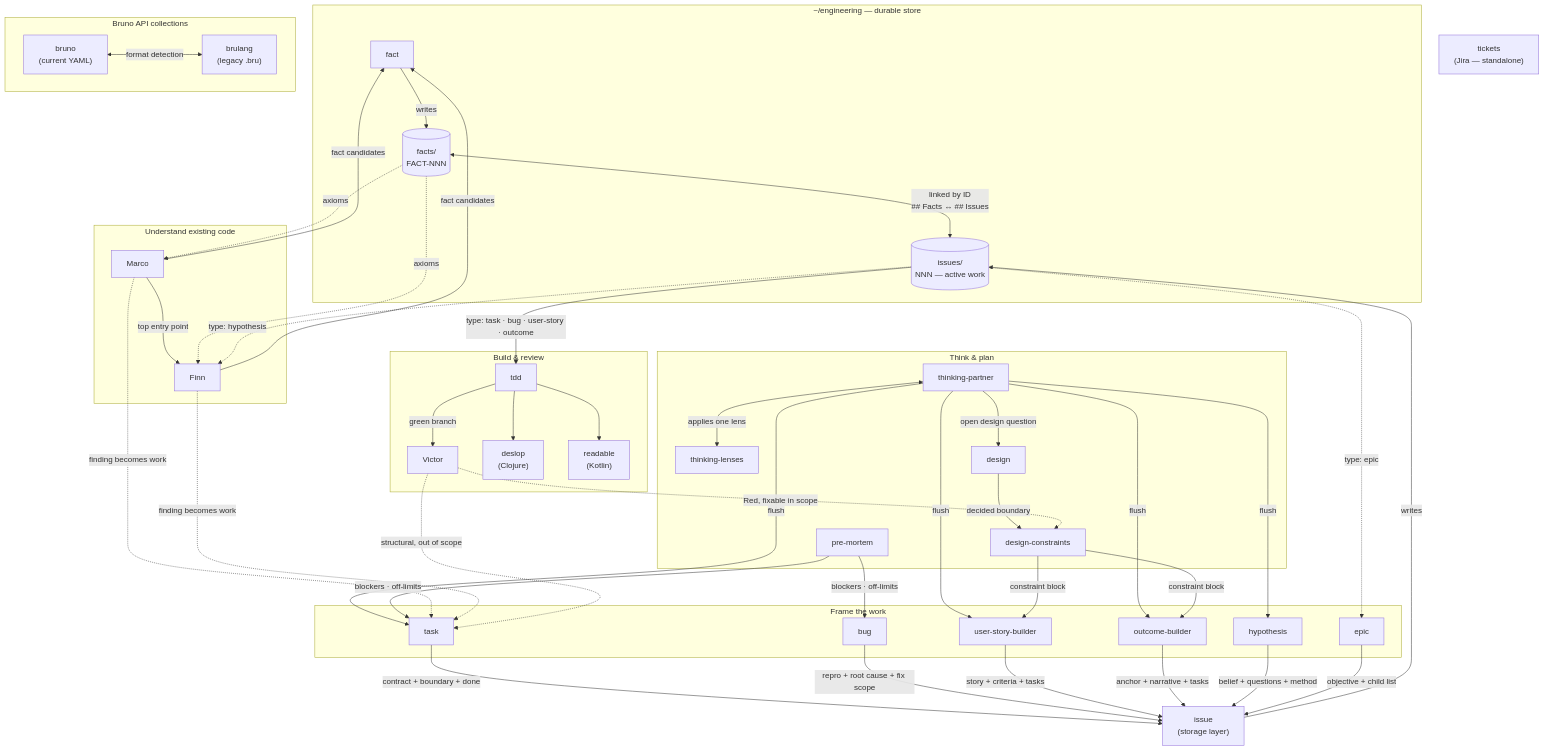
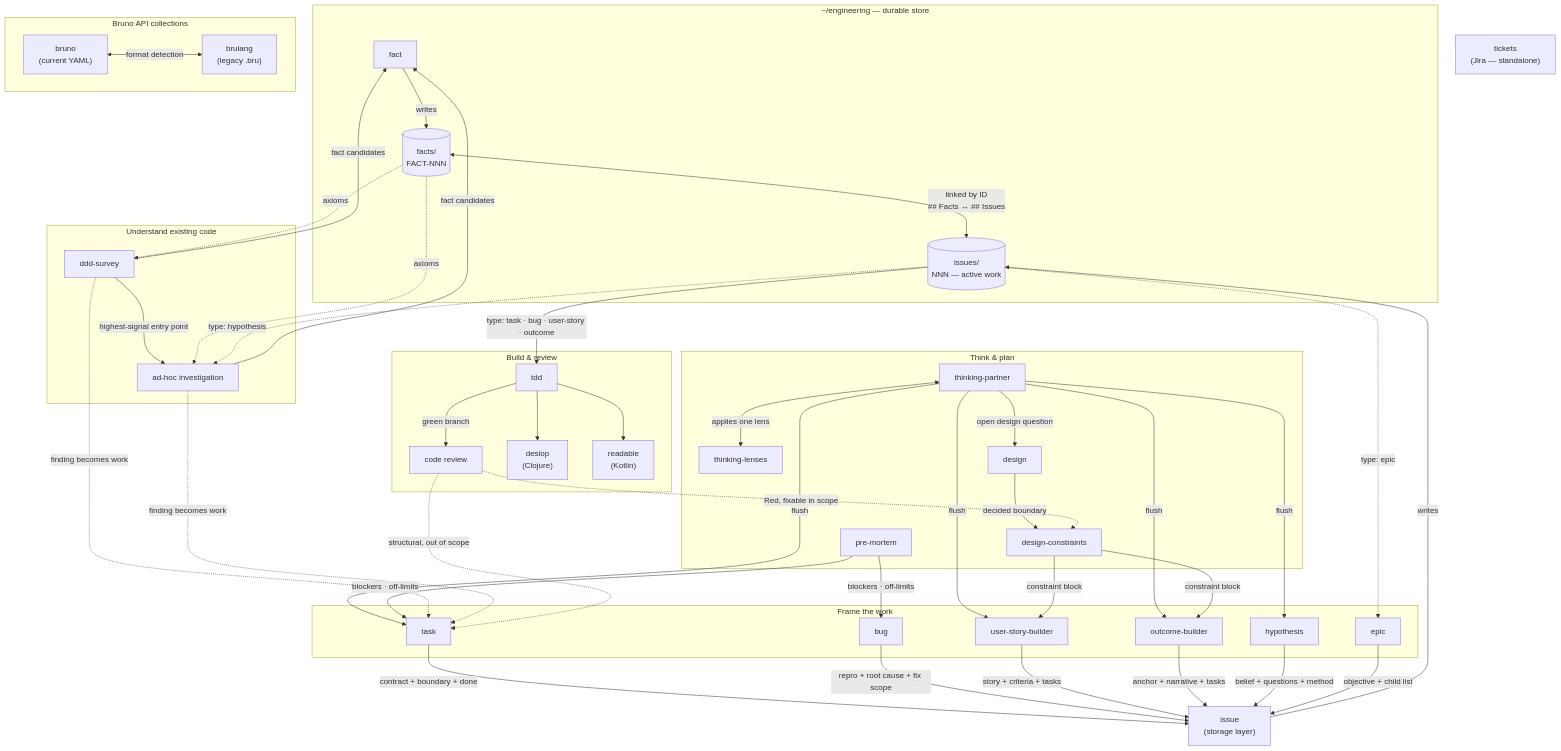
One commit to gustavofsantos/dot-files changed the diagram in .claude/README.md. Above: the diagram before and after it, drawn with Mermaid. The commit also changed other lines of this file and 6 other files, not shown here.

```diff
--- a/.claude/README.md
+++ b/.claude/README.md
@@ -32,9 +32,9 @@
 
     %% ---------- Understand existing code ----------
     subgraph understand["Understand existing code"]
-        marco[Marco]
-        finn[Finn]
-        marco -->|top entry point| finn
+        survey[ddd-survey]
+        investigate["ad-hoc investigation"]
+        survey -->|highest-signal entry point| investigate
     end
 
     %% ---------- Think & plan ----------
@@ -63,7 +63,7 @@
     %% ---------- Build & review ----------
     subgraph build["Build & review"]
         tdd[tdd]
-        dr[Victor]
+        dr["code review"]
         deslop["deslop<br/>(Clojure)"]
         readable["readable<br/>(Kotlin)"]
     end
@@ -78,10 +78,10 @@
     tickets["tickets<br/>(Jira — standalone)"]
 
     %% ---------- Knowledge flow ----------
-    facts -.->|axioms| marco
-    facts -.->|axioms| finn
-    marco -->|fact candidates| factskill
-    finn -->|fact candidates| factskill
+    facts -.->|axioms| survey
+    facts -.->|axioms| investigate
+    survey -->|fact candidates| factskill
+    investigate -->|fact candidates| factskill
 
     %% ---------- Plan -> framing ----------
     tp -->|flush| task_s
@@ -106,13 +106,13 @@
     issue -->|writes| issuestore
 
     %% ---------- Issue routing ----------
-    issuestore -.->|type: hypothesis| finn
+    issuestore -.->|type: hypothesis| investigate
     issuestore -->|type: task · bug · user-story · outcome| tdd
     issuestore -.->|type: epic| epic_s
 
     %% ---------- Understand -> framing ----------
-    marco -.->|finding becomes work| task_s
-    finn -.->|finding becomes work| task_s
+    survey -.->|finding becomes work| task_s
+    investigate -.->|finding becomes work| task_s
 
     %% ---------- Build & review flow ----------
     tdd -->|green branch| dr
```
